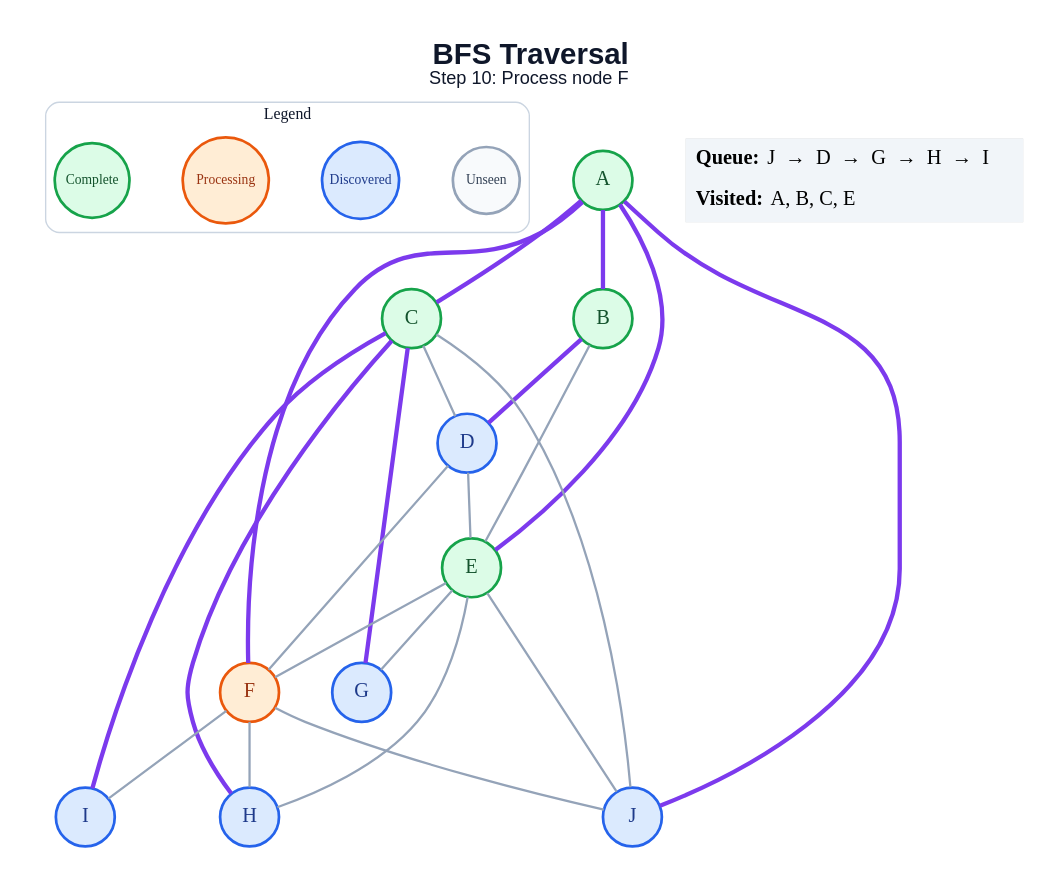
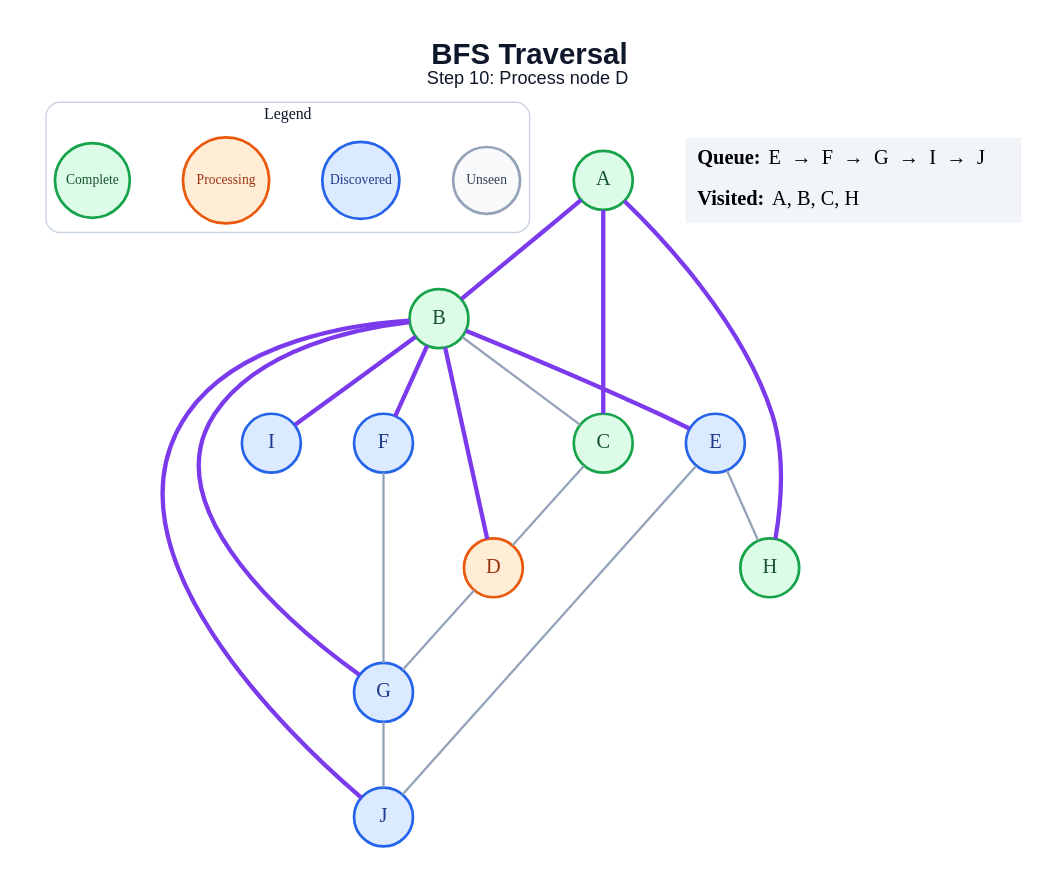
Before and after one commit to amanghodawala9/ai-slop: the diagram in generated/bfs/step_10.dot, drawn with Graphviz. The commit also changed 178 other files, not shown here.

```diff
--- a/generated/bfs/step_10.dot
+++ b/generated/bfs/step_10.dot
@@ -1,50 +1,45 @@
 graph traversal {
   graph [layout=dot, rankdir=TB, bgcolor="#FFFFFF", pad="0.35", nodesep="0.65", ranksep="0.8", fontname="Arial"];
   node [shape=circle, style="filled", fontname="Arial Bold", fontsize=18, width=0.72, fixedsize=true, penwidth=2.4];
   edge [color="#94A3B8", penwidth=2.0];
-  label=<<B>BFS Traversal</B><BR/><FONT POINT-SIZE="16">Step 10: Process node F</FONT>>; labelloc="t"; fontsize=26; fontname="Arial"; fontcolor="#0F172A";
+  label=<<B>BFS Traversal</B><BR/><FONT POINT-SIZE="16">Step 10: Process node D</FONT>>; labelloc="t"; fontsize=26; fontname="Arial"; fontcolor="#0F172A";
   subgraph cluster_legend { label="Legend"; color="#CBD5E1"; penwidth=1.2; style="rounded"; fontsize=14; fontname="Arial Bold";
     key_unseen [label="Unseen", fillcolor="#F8FAFC", color="#94A3B8", fontcolor="#334155", fontsize=12, width=0.82];
     key_frontier [label="Discovered", fillcolor="#DBEAFE", color="#2563EB", fontcolor="#1E3A8A", fontsize=12, width=0.95];
     key_current [label="Processing", fillcolor="#FFEDD5", color="#EA580C", fontcolor="#9A3412", fontsize=12, width=1.05];
     key_done [label="Complete", fillcolor="#DCFCE7", color="#16A34A", fontcolor="#14532D", fontsize=12, width=0.92];
     { rank=same; key_unseen; key_frontier; key_current; key_done; }
   }
   A [fillcolor="#DCFCE7", color="#16A34A", fontcolor="#14532D"];
   B [fillcolor="#DCFCE7", color="#16A34A", fontcolor="#14532D"];
   C [fillcolor="#DCFCE7", color="#16A34A", fontcolor="#14532D"];
-  D [fillcolor="#DBEAFE", color="#2563EB", fontcolor="#1E3A8A"];
-  E [fillcolor="#DCFCE7", color="#16A34A", fontcolor="#14532D"];
-  F [fillcolor="#FFEDD5", color="#EA580C", fontcolor="#9A3412"];
+  D [fillcolor="#FFEDD5", color="#EA580C", fontcolor="#9A3412"];
+  E [fillcolor="#DBEAFE", color="#2563EB", fontcolor="#1E3A8A"];
+  F [fillcolor="#DBEAFE", color="#2563EB", fontcolor="#1E3A8A"];
   G [fillcolor="#DBEAFE", color="#2563EB", fontcolor="#1E3A8A"];
-  H [fillcolor="#DBEAFE", color="#2563EB", fontcolor="#1E3A8A"];
+  H [fillcolor="#DCFCE7", color="#16A34A", fontcolor="#14532D"];
   I [fillcolor="#DBEAFE", color="#2563EB", fontcolor="#1E3A8A"];
   J [fillcolor="#DBEAFE", color="#2563EB", fontcolor="#1E3A8A"];
   A -- B [color="#7C3AED", penwidth=3.8];
   A -- C [color="#7C3AED", penwidth=3.8];
-  A -- E [color="#7C3AED", penwidth=3.8];
-  A -- F [color="#7C3AED", penwidth=3.8];
-  A -- J [color="#7C3AED", penwidth=3.8];
+  A -- H [color="#7C3AED", penwidth=3.8];
+  B -- C;
   B -- D [color="#7C3AED", penwidth=3.8];
-  B -- E;
+  B -- E [color="#7C3AED", penwidth=3.8];
+  B -- F [color="#7C3AED", penwidth=3.8];
+  B -- G [color="#7C3AED", penwidth=3.8];
+  B -- I [color="#7C3AED", penwidth=3.8];
+  B -- J [color="#7C3AED", penwidth=3.8];
   C -- D;
-  C -- G [color="#7C3AED", penwidth=3.8];
-  C -- H [color="#7C3AED", penwidth=3.8];
-  C -- I [color="#7C3AED", penwidth=3.8];
-  C -- J;
-  D -- E;
-  D -- F;
-  E -- F;
-  E -- G;
+  D -- G;
   E -- H;
   E -- J;
-  F -- H;
-  F -- I;
-  F -- J;
+  F -- G;
+  G -- J;
   status [shape=plain, fixedsize=false, width=0, height=0, margin=0, label=<
     <TABLE BORDER="0" CELLBORDER="0" CELLPADDING="7" BGCOLOR="#F1F5F9">
-      <TR><TD ALIGN="LEFT"><B>Queue:</B> J  →  D  →  G  →  H  →  I</TD></TR>
-      <TR><TD ALIGN="LEFT"><B>Visited:</B> A, B, C, E</TD></TR>
+      <TR><TD ALIGN="LEFT"><B>Queue:</B> E  →  F  →  G  →  I  →  J</TD></TR>
+      <TR><TD ALIGN="LEFT"><B>Visited:</B> A, B, C, H</TD></TR>
     </TABLE>
   >];
 }
```
